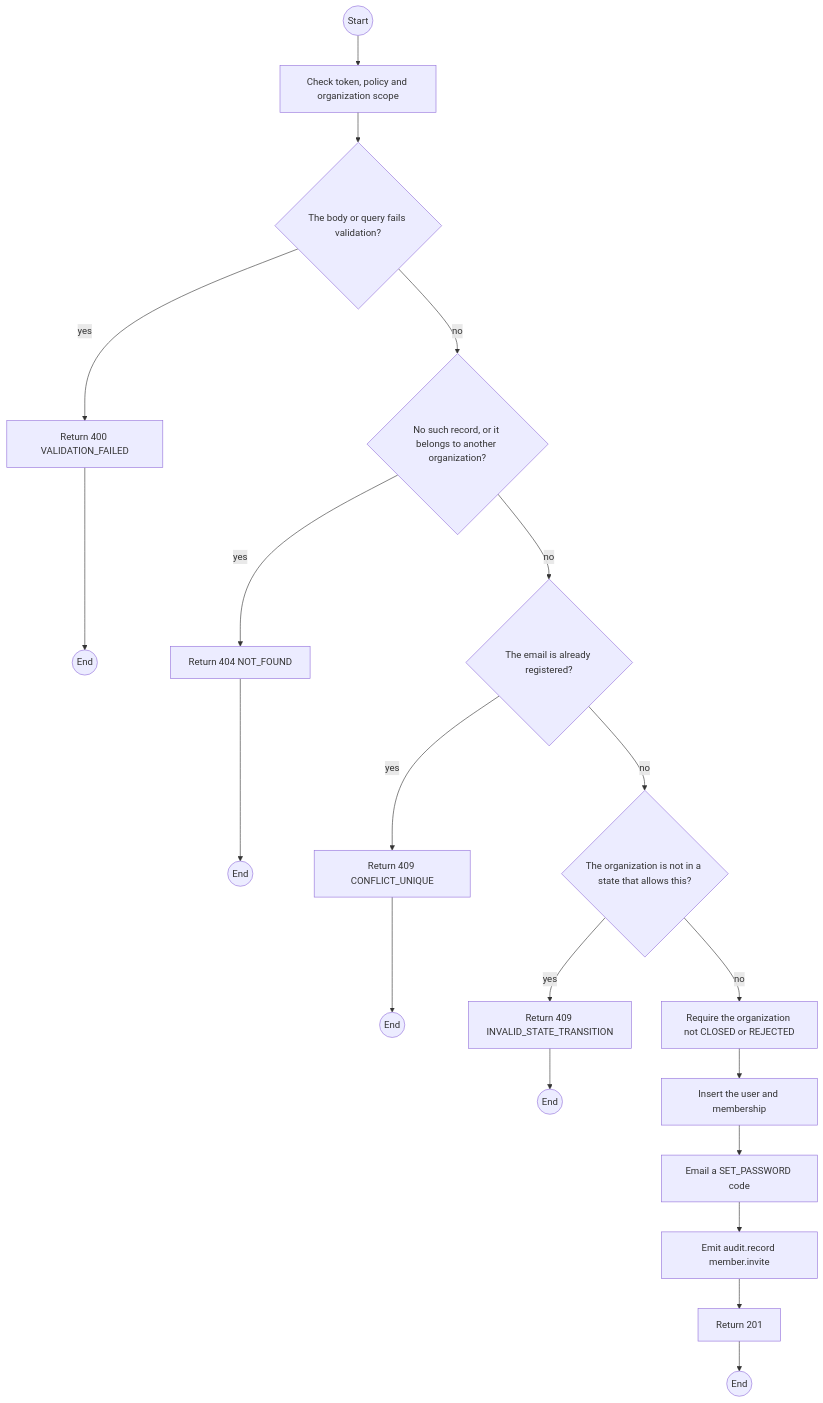
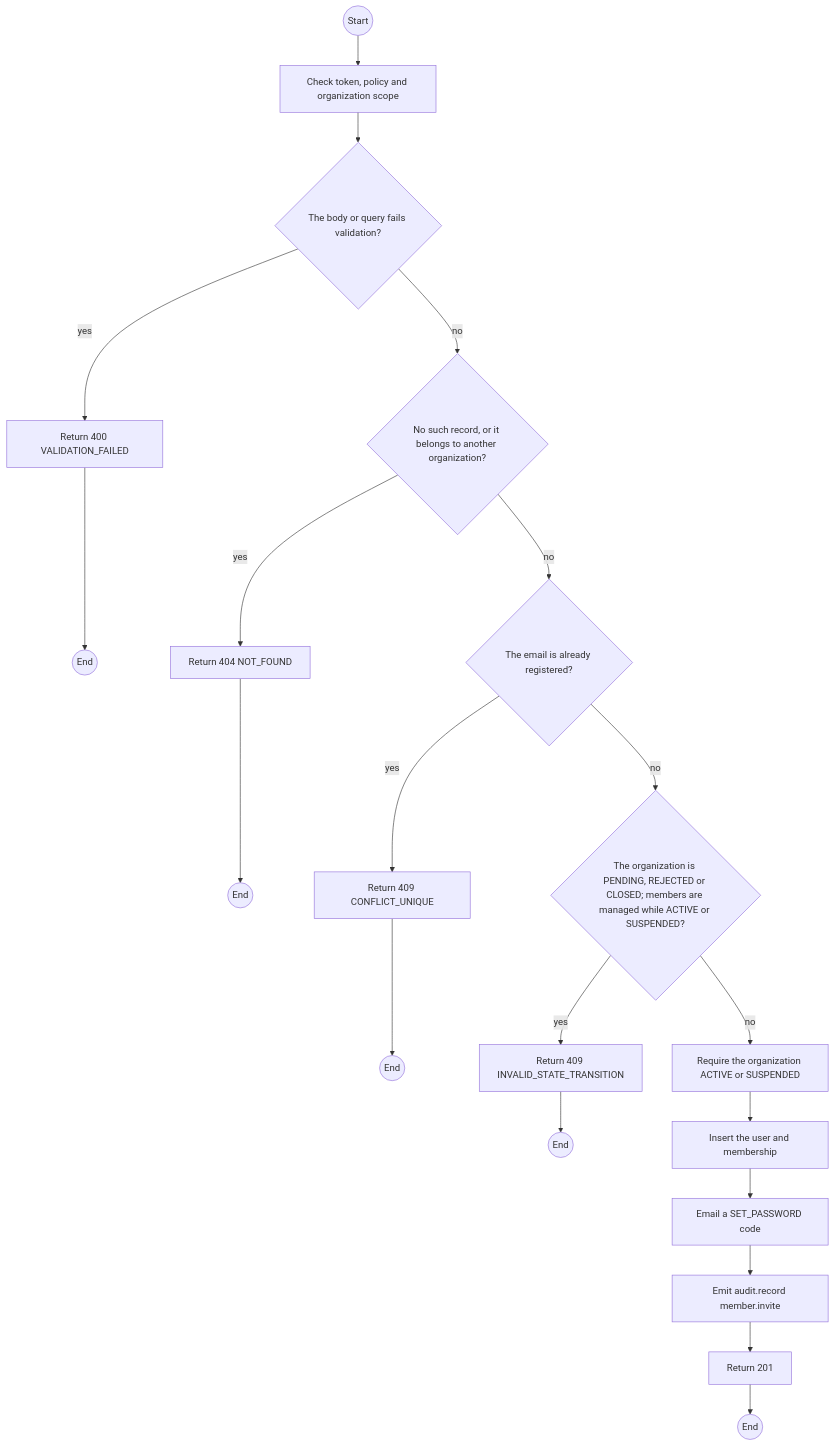
One commit to TrekLink-Team/treklink-web changed the first of 2 diagrams in specs/organizations/api-design/13-post-organizations-id-members.md. Above: the diagram before and after it, drawn with Mermaid. The commit also changed other lines of this file and 12 other files, not shown here.

First line of the commit message:
fix(TK-117): read a pending invitation from the password, not isActive (review of #130)

````diff
--- a/specs/organizations/api-design/13-post-organizations-id-members.md
+++ b/specs/organizations/api-design/13-post-organizations-id-members.md
@@ -177,37 +177,37 @@
 ```mermaid
 flowchart TB
     S((Start))
     A0["Check token, policy and organization scope"]
     S --> A0
     D1{"The body or query fails validation?"}
     A0 --> D1
     E1["Return 400 VALIDATION_FAILED"]
     D1 -->|yes| E1
     E1 --> X1((End))
     D2{"No such record, or it belongs to another organization?"}
     D1 -->|no| D2
     E2["Return 404 NOT_FOUND"]
     D2 -->|yes| E2
     E2 --> X2((End))
     D3{"The email is already registered?"}
     D2 -->|no| D3
     E3["Return 409 CONFLICT_UNIQUE"]
     D3 -->|yes| E3
     E3 --> X3((End))
-    D4{"The organization is not in a state that allows this?"}
+    D4{"The organization is PENDING, REJECTED or CLOSED; members are managed while ACTIVE or SUSPENDED?"}
     D3 -->|no| D4
     E4["Return 409 INVALID_STATE_TRANSITION"]
     D4 -->|yes| E4
     E4 --> X4((End))
-    P0["Require the organization not CLOSED or REJECTED"]
+    P0["Require the organization ACTIVE or SUSPENDED"]
     D4 -->|no| P0
     P1["Insert the user and membership"]
     P0 --> P1
     P2["Email a SET_PASSWORD code"]
     P1 --> P2
     P3["Emit audit.record member.invite"]
     P2 --> P3
     OK["Return 201"]
     P3 --> OK
     OK --> Z((End))
 ```
````
